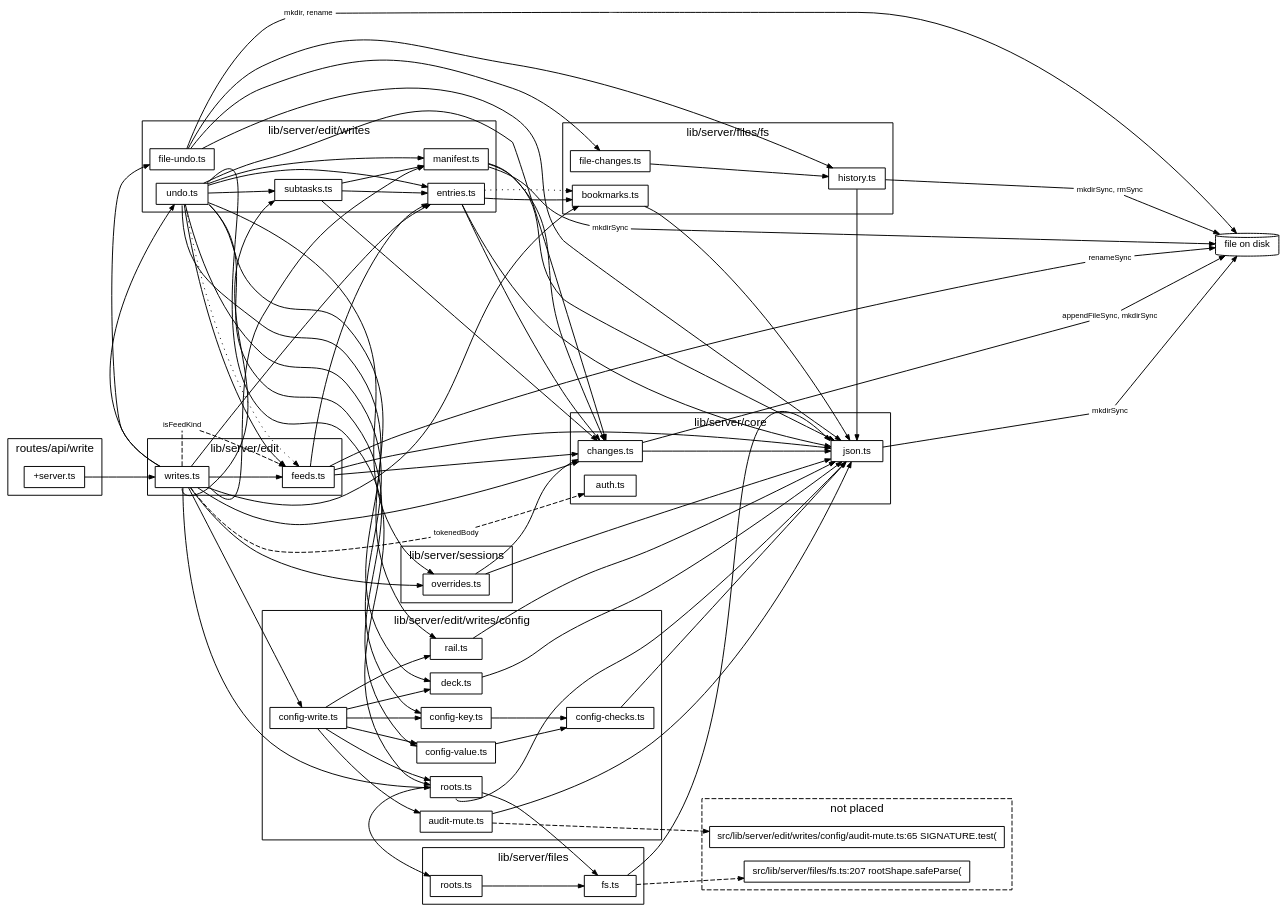
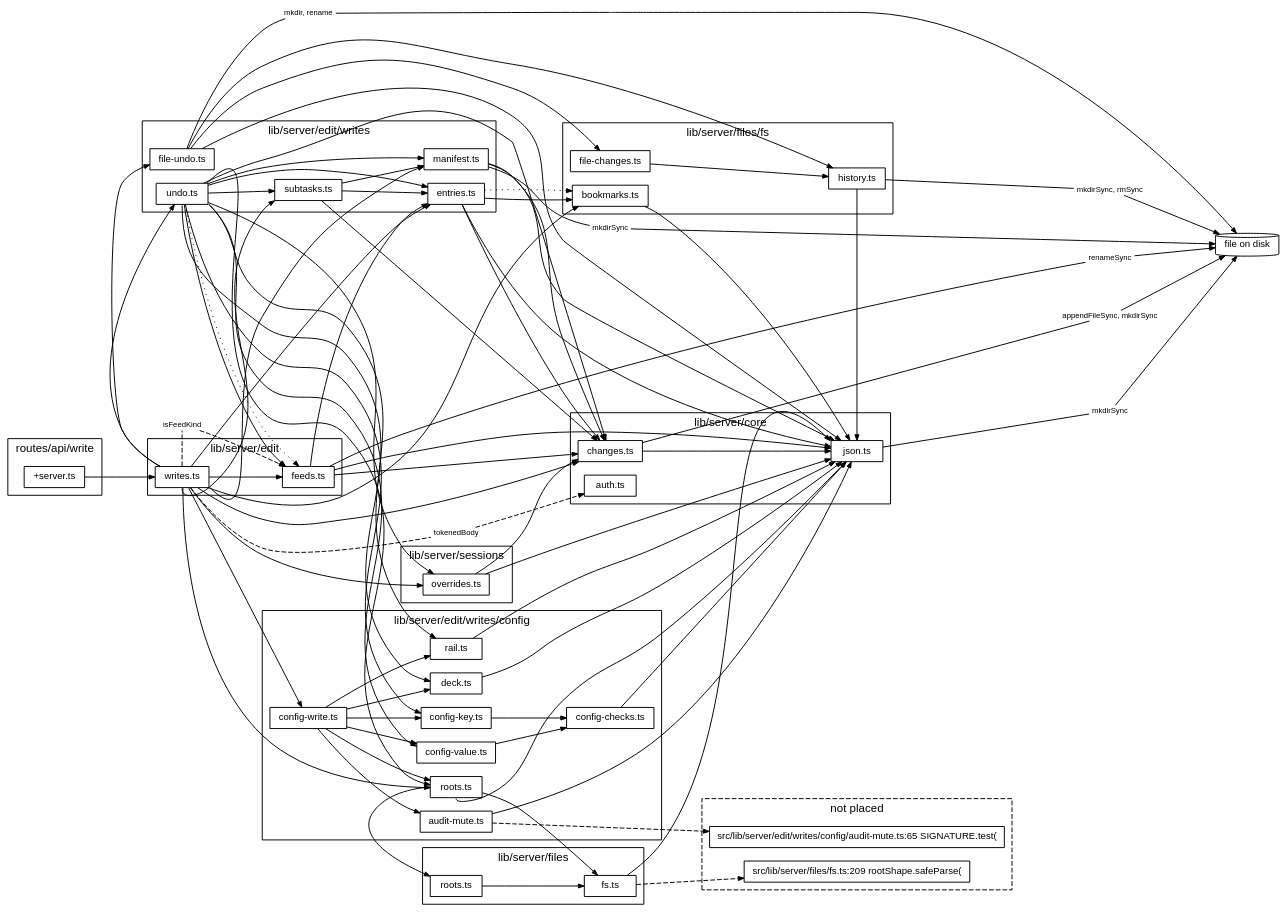
One commit to TheAxeC/oculus changed the diagram in docs/diagrams/writes.dot. Above: the diagram before and after it, drawn with Graphviz. The commit also changed 169 other files, not shown here.

```diff
--- a/docs/diagrams/writes.dot
+++ b/docs/diagrams/writes.dot
@@ -54,7 +54,7 @@
     subgraph "cluster_lost" {
         label="not placed"; style=dashed;
         "? src/lib/server/edit/writes/config/audit-mute.ts:65" [label="src/lib/server/edit/writes/config/audit-mute.ts:65 SIGNATURE.test("];
-        "? src/lib/server/files/fs.ts:207" [label="src/lib/server/files/fs.ts:207 rootShape.safeParse("];
+        "? src/lib/server/files/fs.ts:209" [label="src/lib/server/files/fs.ts:209 rootShape.safeParse("];
     }
     "file on disk" [shape=cylinder];
     "lib/server/core/changes.ts to file on disk (calls)" [label="appendFileSync, mkdirSync", shape=box, color="transparent", fontsize=8, width=0, height=0, margin="0.04,0.02"];
@@ -145,7 +145,7 @@
     "lib/server/edit/writes/undo.ts" -> "lib/server/edit/writes/subtasks.ts" [tooltip="hostStatus, restoreSubtask, subtaskValue
 writeHost, writeSubtask, writeSubtaskAdd"];
     "lib/server/edit/writes/undo.ts" -> "lib/server/sessions/overrides.ts" [tooltip="overrides, setFlag, setOverride"];
-    "lib/server/files/fs.ts" -> "? src/lib/server/files/fs.ts:207" [style=dashed];
+    "lib/server/files/fs.ts" -> "? src/lib/server/files/fs.ts:209" [style=dashed];
     "lib/server/files/fs.ts" -> "lib/server/core/json.ts" [headport=nw, tooltip="readJson"];
     "lib/server/files/fs/bookmarks.ts" -> "lib/server/core/json.ts" [tooltip="writeTextAtomic"];
     "lib/server/files/fs/file-changes.ts" -> "lib/server/files/fs/history.ts" [tooltip="keepCopy"];
```
